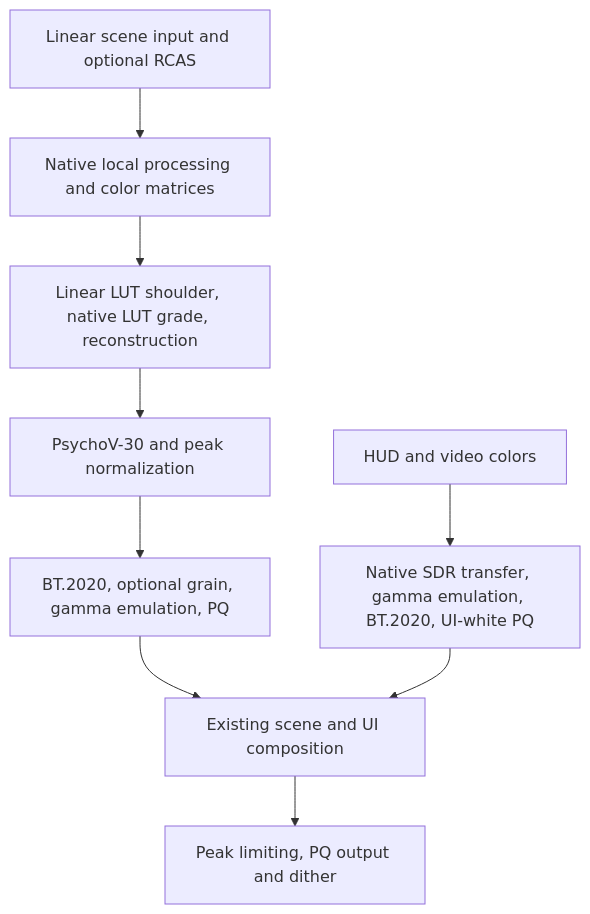
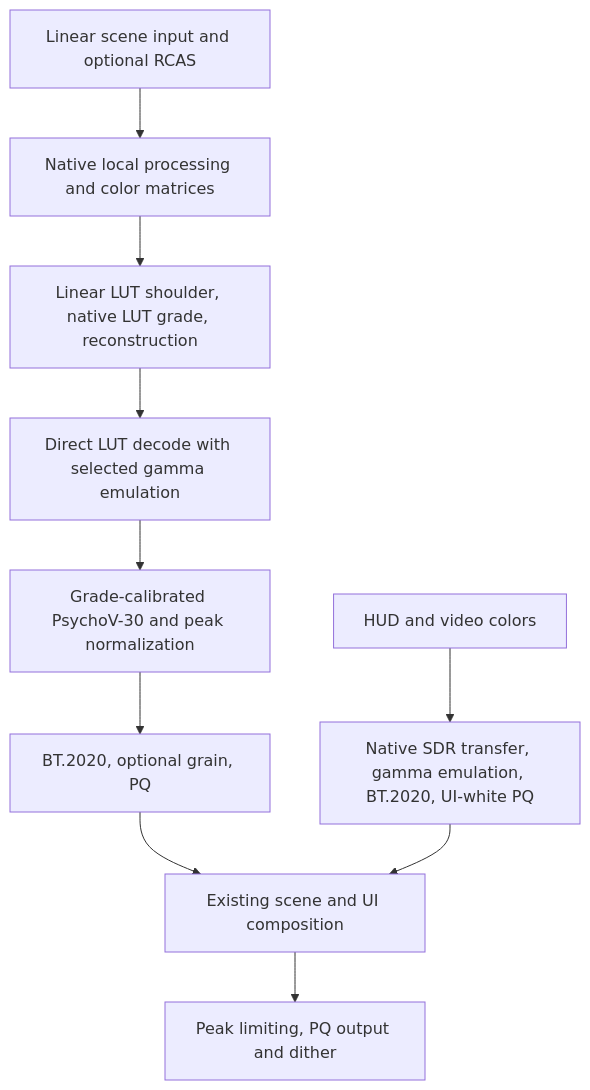
The diagram in src/games/gotsushima/README.md (hartapfel/renodx), drawn with Mermaid before and after one commit. The commit also changed other lines of this file and 9 other files, not shown here.

````diff
--- a/src/games/gotsushima/README.md
+++ b/src/games/gotsushima/README.md
@@ -66,11 +78,12 @@
 ```mermaid
 flowchart TD
     A[Linear scene input and optional RCAS] --> B[Native local processing and color matrices]
     B --> C[Linear LUT shoulder, native LUT grade, reconstruction]
-    C --> D[PsychoV-30 and peak normalization]
-    D --> E[BT.2020, optional grain, gamma emulation, PQ]
+    C --> T[Direct LUT decode with selected gamma emulation]
+    T --> D[Grade-calibrated PsychoV-30 and peak normalization]
+    D --> E[BT.2020, optional grain, PQ]
     U[HUD and video colors] --> V[Native SDR transfer, gamma emulation, BT.2020, UI-white PQ]
     E --> F[Existing scene and UI composition]
     V --> F
     F --> G[Peak limiting, PQ output and dither]
 ```
````
